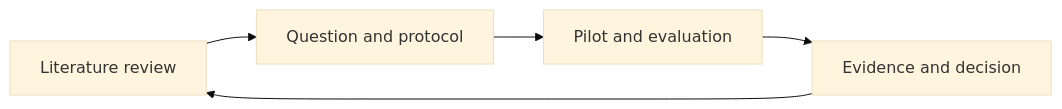
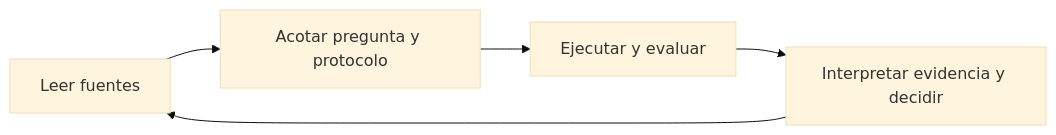
Before and after one commit to jairzinhosantos/thinking-harness: the diagram in README.md, drawn with Mermaid (base theme). The commit also changed other lines of this file and 56 other files, not shown here.

````diff
--- a/README.md
+++ b/README.md
@@ -40,7 +25,7 @@
 ```mermaid
 flowchart LR
-    L[Literature review] --> P[Question and protocol]
-    P --> E[Pilot and evaluation]
-    E --> D[Evidence and decision]
+    L[Leer fuentes] --> P[Acotar pregunta y protocolo]
+    P --> E[Ejecutar y evaluar]
+    E --> D[Interpretar evidencia y decidir]
     D --> L
 ```
````
